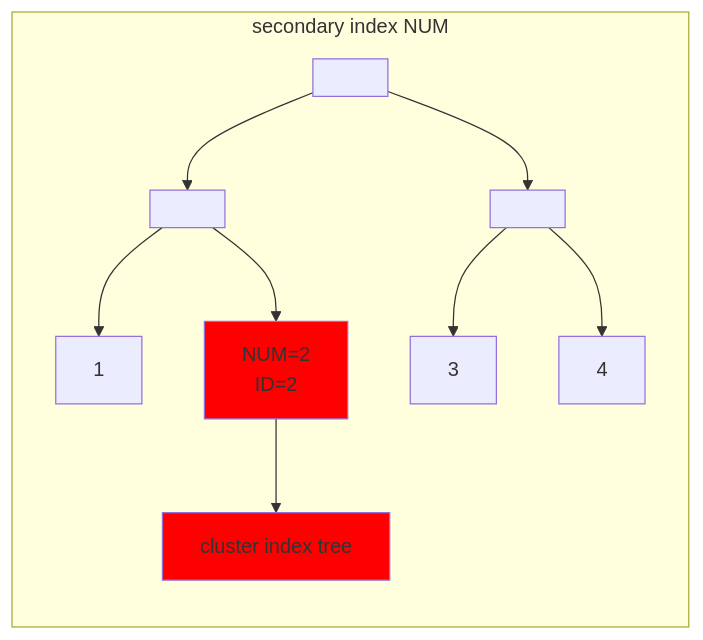
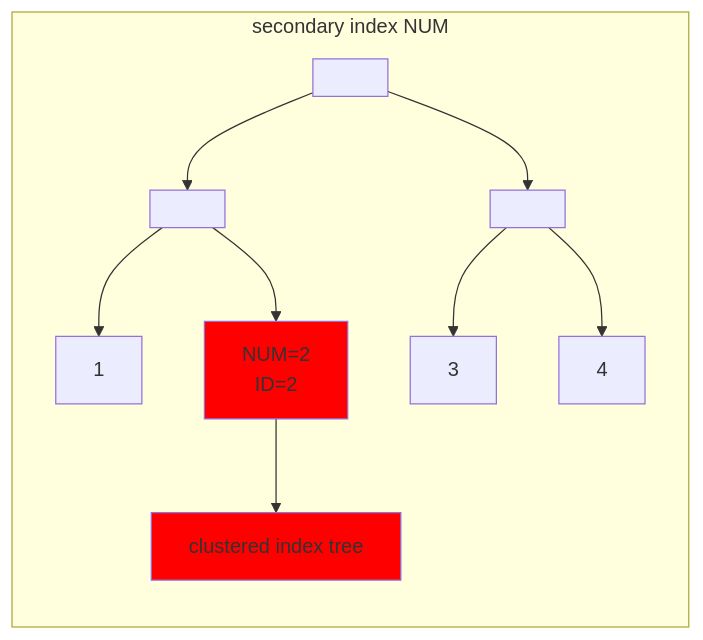
The sixth of 33 diagrams in memo.md (kunidesuyo/DB_index), drawn with Mermaid before and after one commit. The commit also changed other lines of this file, not shown here.

````diff
--- a/memo.md
+++ b/memo.md
@@ -208,13 +208,13 @@
 ```mermaid
 graph TB;
   subgraph secondary index NUM
     direction TB;
     a[ ]-->b[ ];
     a-->c[ ];
     b-->d[1] & e[NUM=2<br>ID=2];
     c-->f[3] & g[4];
-    e-->h[cluster index tree]
+    e-->h[clustered index tree]
     style e fill:red
     style h fill:red
   end
 ```
````
